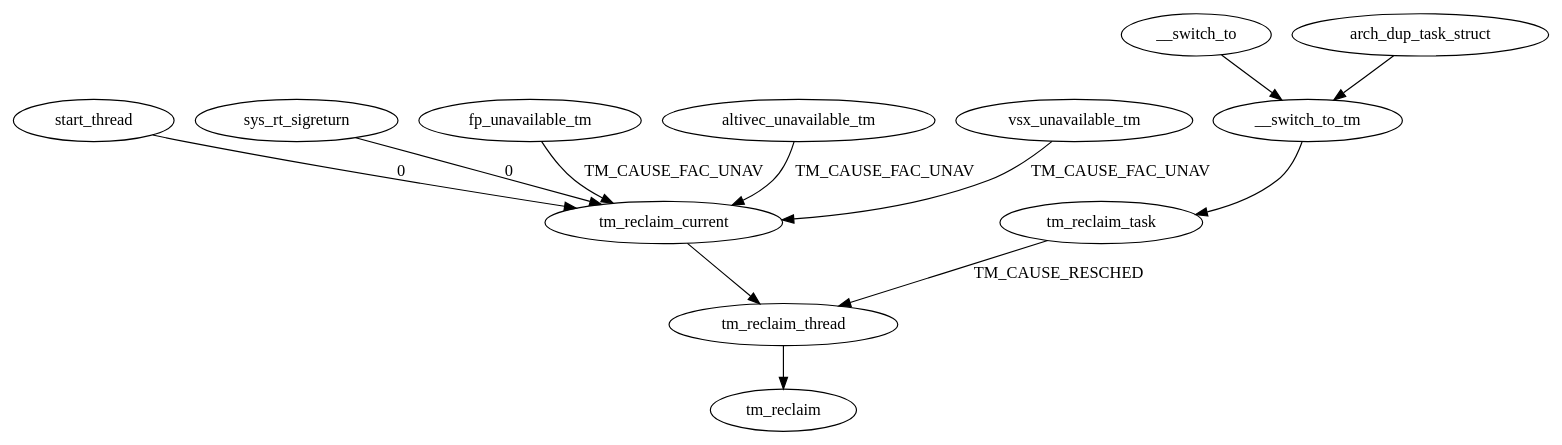
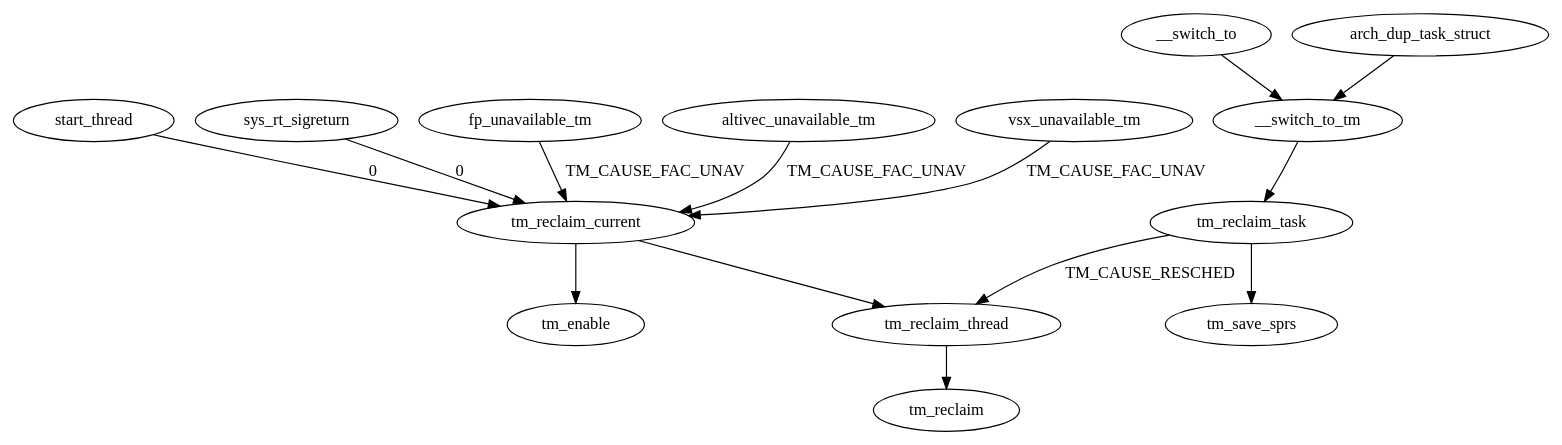
The diagram in reclaim.dot (leitao/htm_flow), drawn with Graphviz before and after one commit. The commit also changed other lines of this file and 6 other files, not shown here.

```diff
--- a/reclaim.dot
+++ b/reclaim.dot
@@ -1,15 +1,18 @@
 digraph {
 	tm_reclaim_thread -> 	tm_reclaim;
 
 	tm_reclaim_current -> 	tm_reclaim_thread;
 	tm_reclaim_task -> 	tm_reclaim_thread[label="TM_CAUSE_RESCHED"];
+	tm_reclaim_task -> 	tm_save_sprs;
 	start_thread ->		tm_reclaim_current[label="0"];
 	sys_rt_sigreturn -> 	tm_reclaim_current[label="0"];
 	fp_unavailable_tm -> 	tm_reclaim_current[label="TM_CAUSE_FAC_UNAV"];
 	altivec_unavailable_tm->tm_reclaim_current[label="TM_CAUSE_FAC_UNAV"];
 	vsx_unavailable_tm ->   tm_reclaim_current[label="TM_CAUSE_FAC_UNAV"];
+	tm_reclaim_current ->   tm_enable;
+	
 
 	__switch_to_tm -> tm_reclaim_task;
 	__switch_to -> __switch_to_tm;
 	arch_dup_task_struct -> __switch_to_tm;
 }
```
